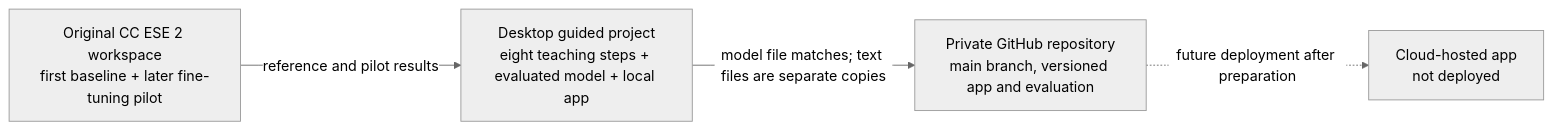
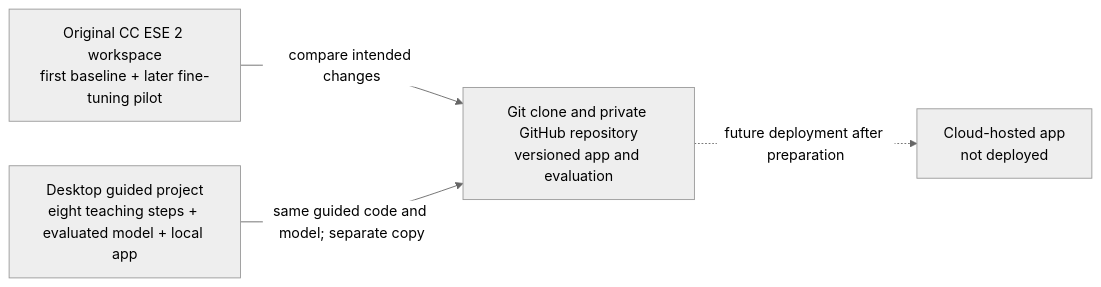
One commit to Shorya-Raj/cc-ese-handwritten-digit-recognition changed the diagram in docs/PROJECT_AUDIT.md. Above: the diagram before and after it, drawn with Mermaid (neutral theme). The commit also changed other lines of this file and 3 other files, not shown here.

````diff
--- a/docs/PROJECT_AUDIT.md
+++ b/docs/PROJECT_AUDIT.md
@@ -8,10 +10,10 @@
 ```mermaid
 flowchart LR
   A["Original CC ESE 2 workspace<br/>first baseline + later fine-tuning pilot"]
   B["Desktop guided project<br/>eight teaching steps + evaluated model + local app"]
-  C["Private GitHub repository<br/>main branch, versioned app and evaluation"]
+  C["Git clone and private GitHub repository<br/>versioned app and evaluation"]
   D["Cloud-hosted app<br/>not deployed"]
-  A -->|"reference and pilot results"| B
-  B -->|"model file matches; text files are separate copies"| C
+  A -->|"compare intended changes"| C
+  B -->|"same guided code and model; separate copy"| C
   C -. "future deployment after preparation" .-> D
 ```
````
